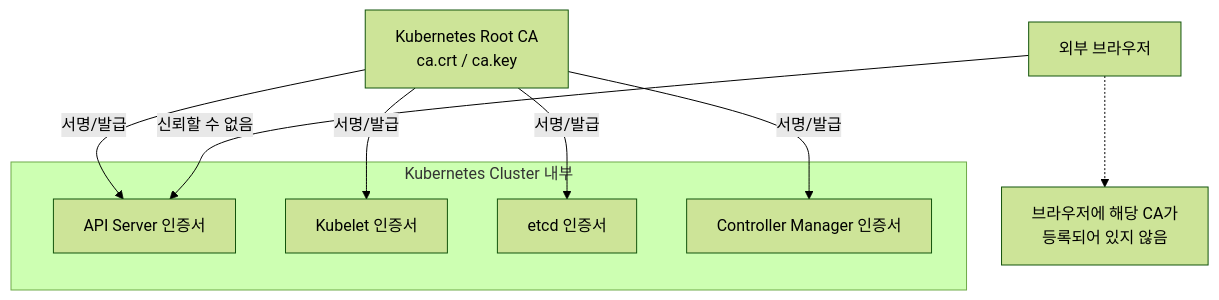
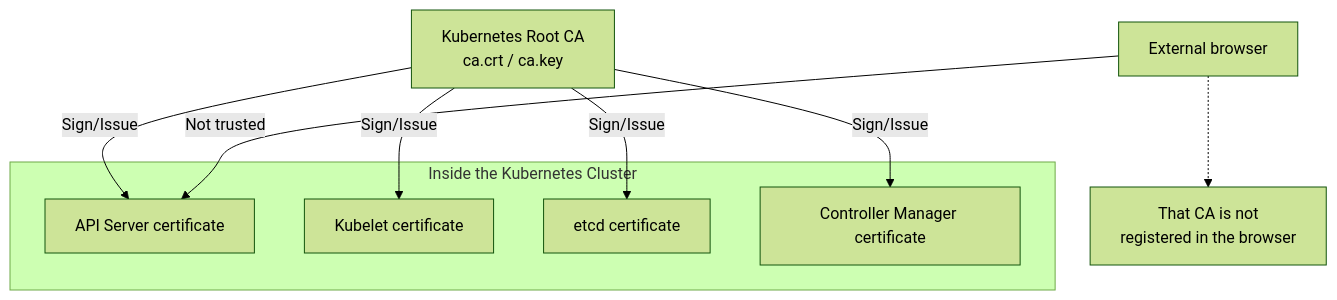
Before and after one commit to jeonck/k8s-adv: the diagram in content/security/03-operation/22-k8s-root-ca-internal.md, drawn with Mermaid (forest theme). The commit also changed other lines of this file and 223 other files, not shown here.

````diff
--- a/content/security/03-operation/22-k8s-root-ca-internal.md
+++ b/content/security/03-operation/22-k8s-root-ca-internal.md
@@ -29,17 +29,17 @@
 ```mermaid
 graph TD
-    CA[Kubernetes Root CA<br/>ca.crt / ca.key] -- 서명/발급 --> AS[API Server 인증서]
-    CA -- 서명/발급 --> KL[Kubelet 인증서]
-    CA -- 서명/발급 --> ET[etcd 인증서]
-    CA -- 서명/발급 --> CTL[Controller Manager 인증서]
+    CA[Kubernetes Root CA<br/>ca.crt / ca.key] -- "Sign/Issue" --> AS[API Server certificate]
+    CA -- "Sign/Issue" --> KL[Kubelet certificate]
+    CA -- "Sign/Issue" --> ET[etcd certificate]
+    CA -- "Sign/Issue" --> CTL[Controller Manager certificate]
     
-    subgraph Cluster[Kubernetes Cluster 내부]
+    subgraph Cluster["Inside the Kubernetes Cluster"]
     AS
     KL
     ET
     CTL
     end
     
-    User[외부 브라우저] -- "신뢰할 수 없음" --> AS
-    User -.-> Note["브라우저에 해당 CA가<br/>등록되어 있지 않음"]
+    User[External browser] -- "Not trusted" --> AS
+    User -.-> Note["That CA is not<br/>registered in the browser"]
 ```
````
